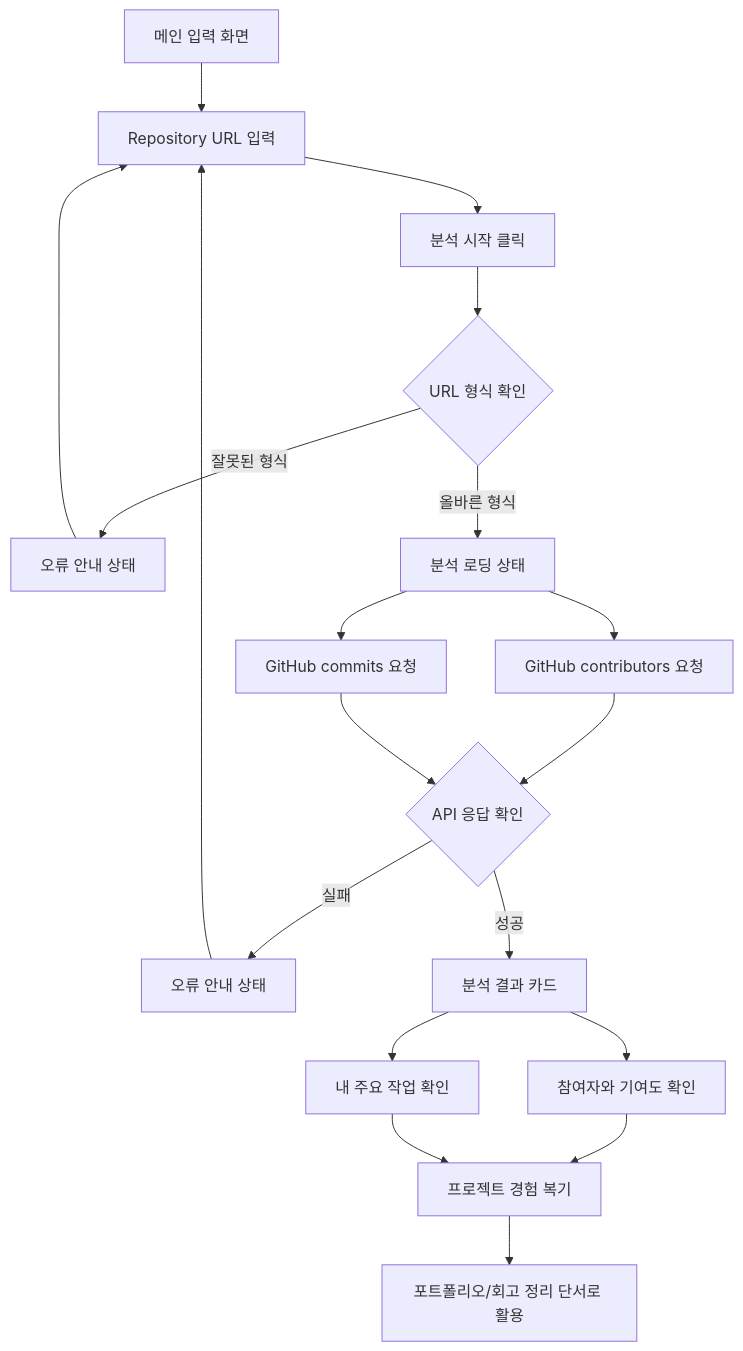
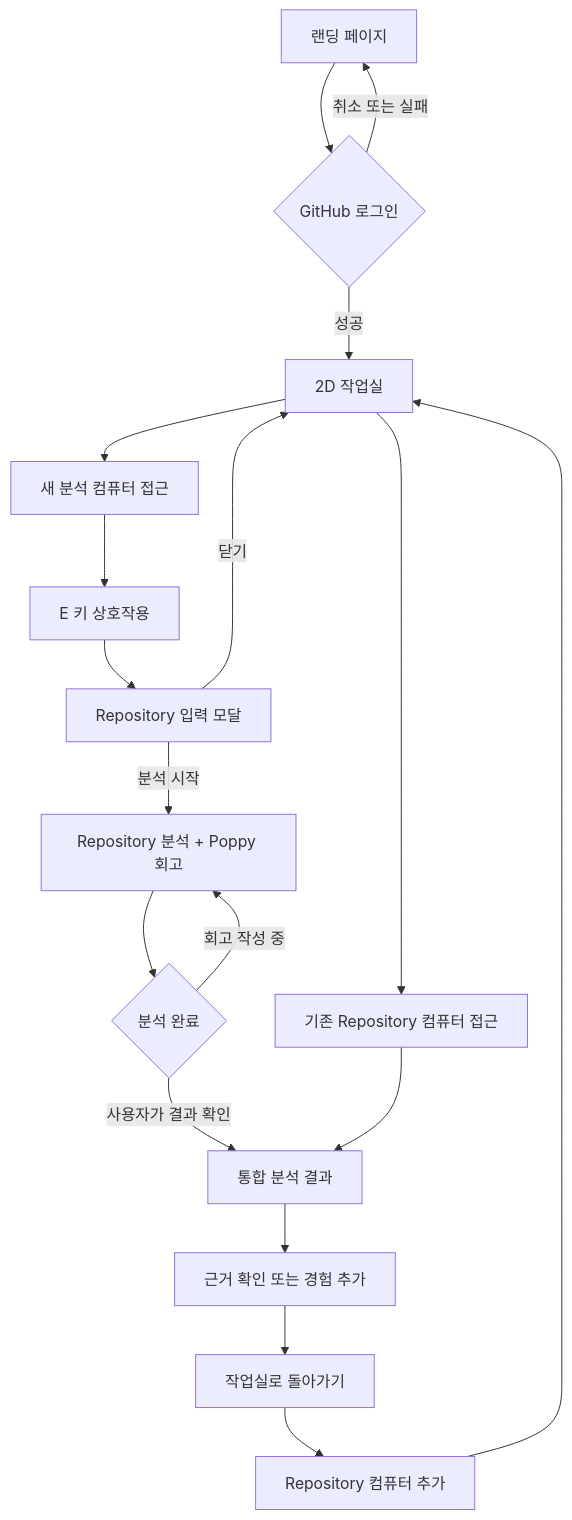
The diagram in docs/plans/plan.md (Mureung1/hub-showcase), drawn with Mermaid before and after one commit. The commit also changed other lines of this file, not shown here.

````diff
--- a/docs/plans/plan.md
+++ b/docs/plans/plan.md
@@ -186,21 +98,20 @@
 ```mermaid
 flowchart TD
-    A[메인 입력 화면] --> B[Repository URL 입력]
-    B --> C[분석 시작 클릭]
-    C --> D{URL 형식 확인}
-    D -->|잘못된 형식| E[오류 안내 상태]
-    E --> B
-    D -->|올바른 형식| F[분석 로딩 상태]
-    F --> G[GitHub contributors 요청]
-    F --> H[GitHub commits 요청]
-    G --> I{API 응답 확인}
-    H --> I
-    I -->|실패| J[오류 안내 상태]
-    J --> B
-    I -->|성공| K[분석 결과 카드]
-    K --> L[참여자와 기여도 확인]
-    K --> M[내 주요 작업 확인]
-    L --> N[프로젝트 경험 복기]
-    M --> N
-    N --> O[포트폴리오/회고 정리 단서로 활용]
+    A[랜딩 페이지] --> B{GitHub 로그인}
+    B -->|취소 또는 실패| A
+    B -->|성공| C[2D 작업실]
+    C --> D[새 분석 컴퓨터 접근]
+    D --> E[E 키 상호작용]
+    E --> F[Repository 입력 모달]
+    F -->|닫기| C
+    F -->|분석 시작| G[Repository 분석 + Poppy 회고]
+    G --> H{분석 완료}
+    H -->|회고 작성 중| G
+    H -->|사용자가 결과 확인| I[통합 분석 결과]
+    I --> J[근거 확인 또는 경험 추가]
+    J --> K[작업실로 돌아가기]
+    K --> L[Repository 컴퓨터 추가]
+    L --> C
+    C --> M[기존 Repository 컴퓨터 접근]
+    M --> I
 ```
````
